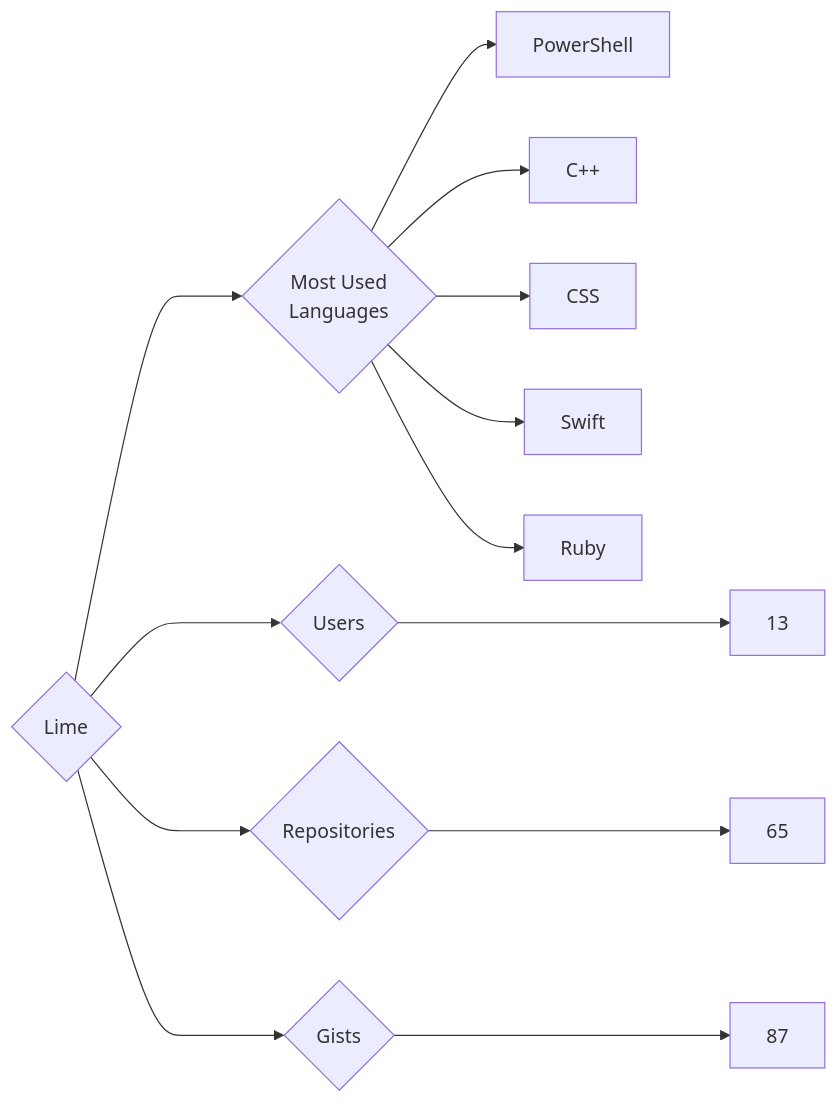
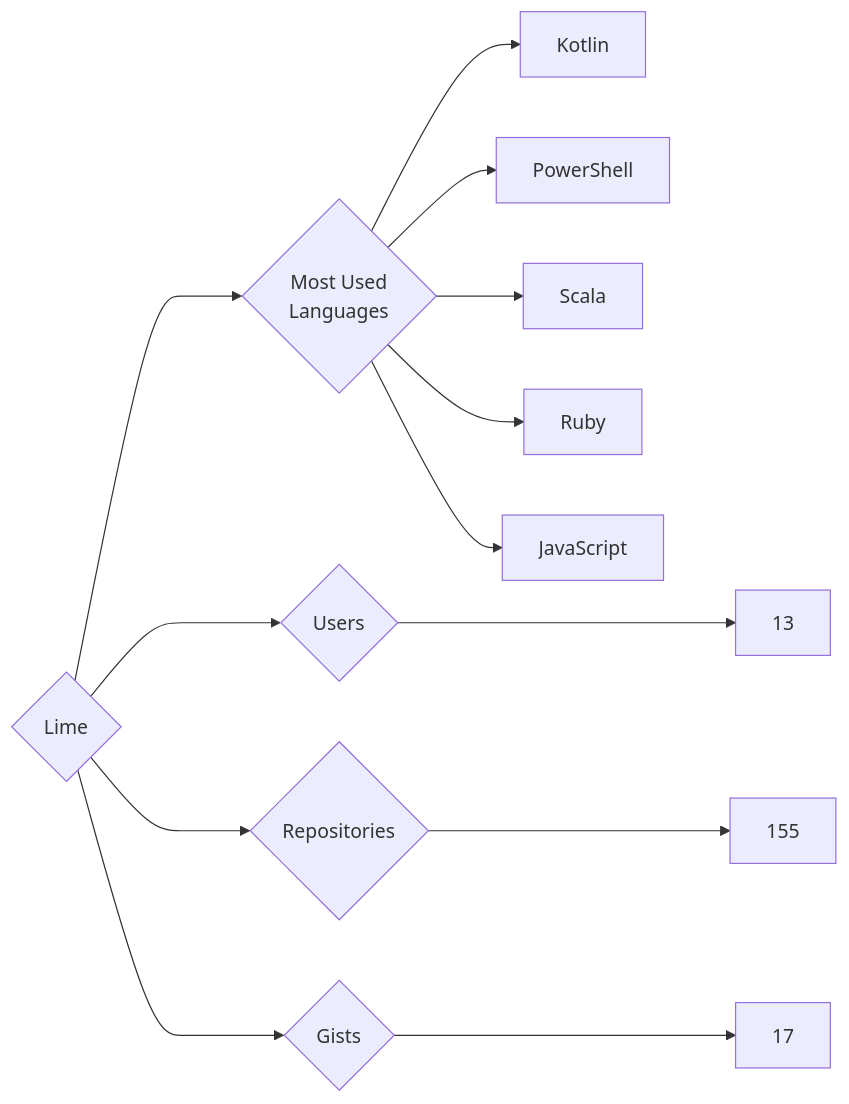
Before and after one commit to trickest/insiders: the diagram in targets/Lime/README.md, drawn with Mermaid. The commit also changed 629 other files, not shown here.

````diff
--- a/targets/Lime/README.md
+++ b/targets/Lime/README.md
@@ -3,13 +3,13 @@
 ```mermaid
 graph LR
 COMPANY_NAME{Lime}
 COMPANY_NAME ---> U{Users} ---> UN[13]
-COMPANY_NAME ---> R{Repositories} ---> RN[65]
-COMPANY_NAME ---> G{Gists} ---> GN[87]
+COMPANY_NAME ---> R{Repositories} ---> RN[155]
+COMPANY_NAME ---> G{Gists} ---> GN[17]
 COMPANY_NAME ---> ML{Most Used<br>Languages}
+ML --> Kotlin[Kotlin]
 ML --> PowerShell[PowerShell]
-ML --> C++[C++]
-ML --> CSS[CSS]
-ML --> Swift[Swift]
+ML --> Scala[Scala]
 ML --> Ruby[Ruby]
+ML --> JavaScript[JavaScript]
 ```
````
